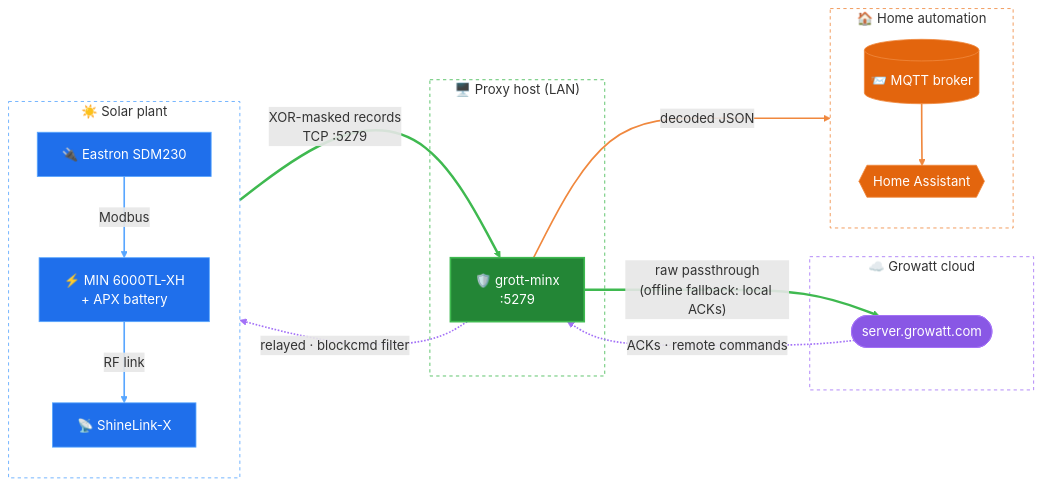
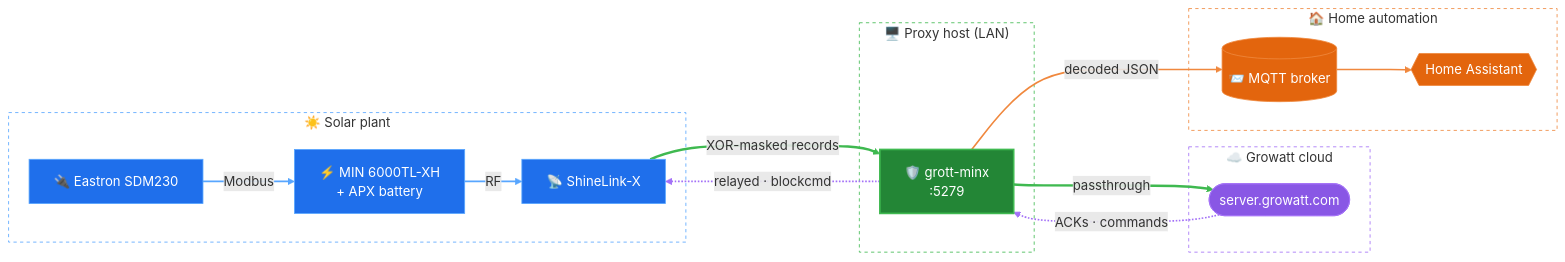
Before and after one commit to dberrocal-git/grott-minx: the first of 2 diagrams in README.md, drawn with Mermaid.

Commit message:
README: fix flowchart rendering on GitHub (drop subgraph direction, single-line edge labels)

````diff
--- a/README.md
+++ b/README.md
@@ -23,49 +23,47 @@
 ```mermaid
 flowchart LR
     subgraph plant["☀️ Solar plant"]
-        direction TB
+        SM["🔌 Eastron SDM230"]
         INV["⚡ MIN 6000TL-XH<br/>+ APX battery"]
-        SM["🔌 Eastron SDM230"]
         DL["📡 ShineLink-X"]
-        INV -- "RF link" --> DL
         SM -- "Modbus" --> INV
+        INV -- "RF" --> DL
     end
 
     subgraph host["🖥️ Proxy host (LAN)"]
         P["🛡️ grott-minx<br/>:5279"]
     end
 
     subgraph cloud["☁️ Growatt cloud"]
         G(["server.growatt.com"])
     end
 
     subgraph home["🏠 Home automation"]
-        direction TB
         M[("📨 MQTT broker")]
         HA{{"Home Assistant"}}
         M --> HA
     end
 
-    DL ==>|"XOR-masked records<br/>TCP :5279"| P
-    P ==>|"raw passthrough<br/>(offline fallback: local ACKs)"| G
-    G -.->|"ACKs · remote commands"| P
-    P -.->|"relayed · blockcmd filter"| DL
+    DL ==>|"XOR-masked records"| P
+    P ==>|"passthrough"| G
+    G -.->|"ACKs · commands"| P
+    P -.->|"relayed · blockcmd"| DL
     P ==>|"decoded JSON"| M
 
     classDef device fill:#1f6feb,stroke:#58a6ff,color:#fff,stroke-width:1px
     classDef proxy fill:#238636,stroke:#3fb950,color:#fff,stroke-width:2px
     classDef cloudn fill:#8957e5,stroke:#a371f7,color:#fff
     classDef homen fill:#e3650d,stroke:#f0883e,color:#fff
     class INV,SM,DL device
     class P proxy
     class G cloudn
     class M,HA homen
     style plant fill:transparent,stroke:#58a6ff,stroke-dasharray:4 4
     style host fill:transparent,stroke:#3fb950,stroke-dasharray:4 4
     style cloud fill:transparent,stroke:#a371f7,stroke-dasharray:4 4
     style home fill:transparent,stroke:#f0883e,stroke-dasharray:4 4
     linkStyle 0,1 stroke:#58a6ff,stroke-width:2px
     linkStyle 3,4 stroke:#3fb950,stroke-width:3px
     linkStyle 5,6 stroke:#a371f7,stroke-width:2px
     linkStyle 2,7 stroke:#f0883e,stroke-width:2px
 ```
````
